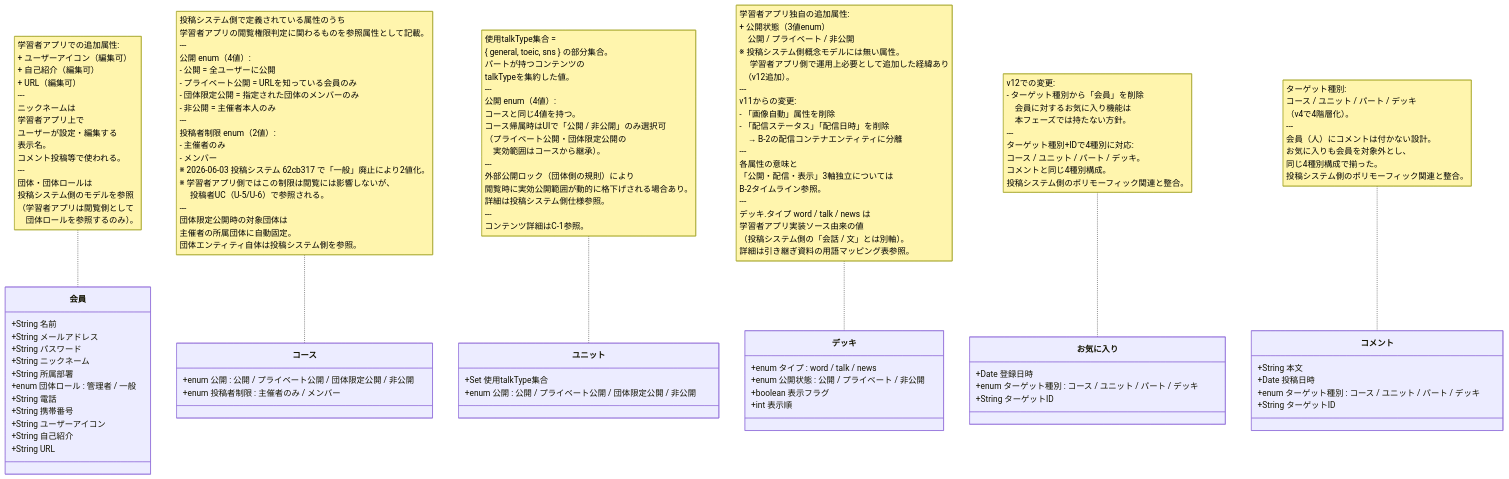
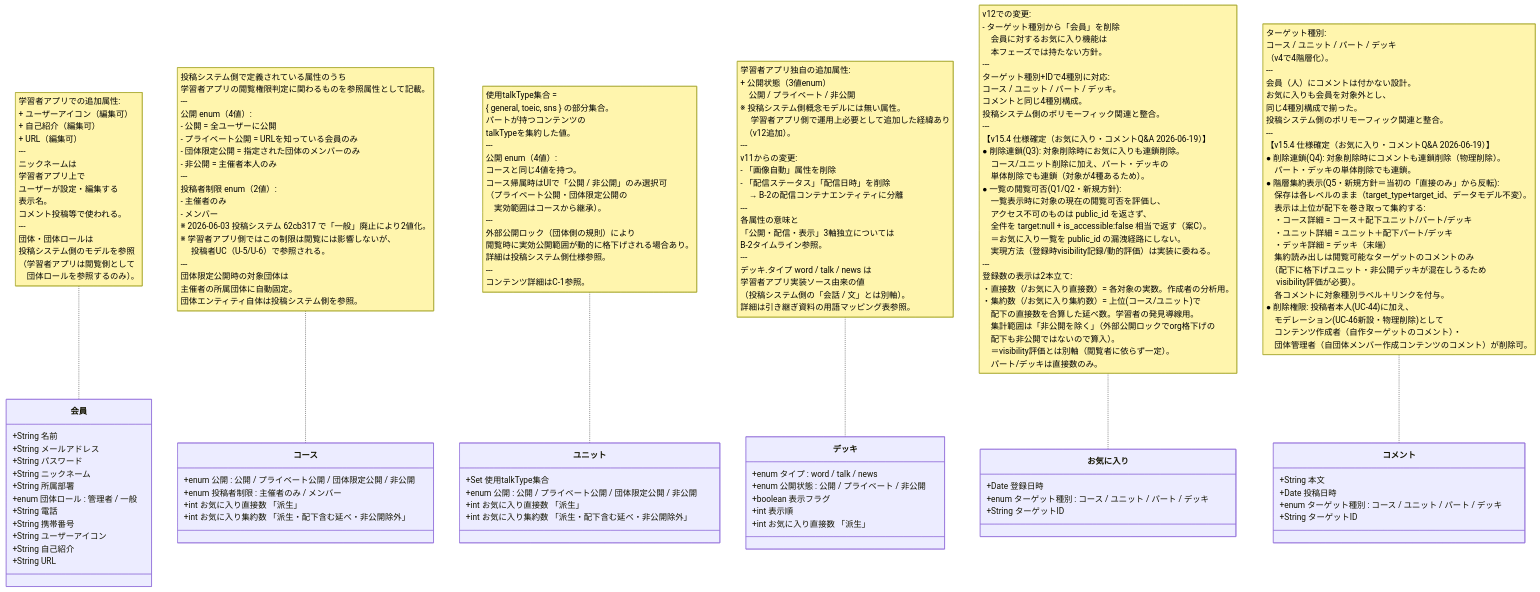
The diagram in choi/学習者アプリ_概念モデル/学習者アプリ_概念モデル図_B0_既存エンティティ差分.mmd (topicmaker-git/Pages), drawn with Mermaid before and after one commit. The commit also changed 9 other files, not shown here.

```diff
--- a/choi/学習者アプリ_概念モデル/学習者アプリ_概念モデル図_B0_既存エンティティ差分.mmd
+++ b/choi/学習者アプリ_概念モデル/学習者アプリ_概念モデル図_B0_既存エンティティ差分.mmd
@@ -1,58 +1,63 @@
 classDiagram
 direction TB
 
 class 会員 {
     +String 名前
     +String メールアドレス
     +String パスワード
     +String ニックネーム
     +String 所属部署
     +enum 団体ロール : 管理者 / 一般
     +String 電話
     +String 携帯番号
     +String ユーザーアイコン
     +String 自己紹介
     +String URL
 }
 
 class コース {
     +enum 公開 : 公開 / プライベート公開 / 団体限定公開 / 非公開
     +enum 投稿者制限 : 主催者のみ / メンバー
+    +int お気に入り直接数 「派生」
+    +int お気に入り集約数 「派生・配下含む延べ・非公開除外」
 }
 
 class ユニット {
     +Set 使用talkType集合
     +enum 公開 : 公開 / プライベート公開 / 団体限定公開 / 非公開
+    +int お気に入り直接数 「派生」
+    +int お気に入り集約数 「派生・配下含む延べ・非公開除外」
 }
 
 class デッキ {
     +enum タイプ : word / talk / news
     +enum 公開状態 : 公開 / プライベート / 非公開
     +boolean 表示フラグ
     +int 表示順
+    +int お気に入り直接数 「派生」
 }
 
 class お気に入り {
     +Date 登録日時
     +enum ターゲット種別 : コース / ユニット / パート / デッキ
     +String ターゲットID
 }
 
 class コメント {
     +String 本文
     +Date 投稿日時
     +enum ターゲット種別 : コース / ユニット / パート / デッキ
     +String ターゲットID
 }
 
 note for 会員 "学習者アプリでの追加属性:<br>+ ユーザーアイコン（編集可）<br>+ 自己紹介（編集可）<br>+ URL（編集可）<br>---<br>ニックネームは<br>学習者アプリ上で<br>ユーザーが設定・編集する<br>表示名。<br>コメント投稿等で使われる。<br>---<br>団体・団体ロールは<br>投稿システム側のモデルを参照<br>（学習者アプリは閲覧側として<br>　団体ロールを参照するのみ）。"
 
 note for コース "投稿システム側で定義されている属性のうち<br>学習者アプリの閲覧権限判定に関わるものを参照属性として記載。<br>---<br>公開 enum（4値）:<br>- 公開 = 全ユーザーに公開<br>- プライベート公開 = URLを知っている会員のみ<br>- 団体限定公開 = 指定された団体のメンバーのみ<br>- 非公開 = 主催者本人のみ<br>---<br>投稿者制限 enum（2値）:<br>- 主催者のみ<br>- メンバー<br>※ 2026-06-03 投稿システム 62cb317 で「一般」廃止により2値化。<br>※ 学習者アプリ側ではこの制限は閲覧には影響しないが、<br>　 投稿者UC（U-5/U-6）で参照される。<br>---<br>団体限定公開時の対象団体は<br>主催者の所属団体に自動固定。<br>団体エンティティ自体は投稿システム側を参照。"
 
 note for ユニット "使用talkType集合 =<br>{ general, toeic, sns } の部分集合。<br>パートが持つコンテンツの<br>talkTypeを集約した値。<br>---<br>公開 enum（4値）:<br>コースと同じ4値を持つ。<br>コース帰属時はUIで「公開 / 非公開」のみ選択可<br>（プライベート公開・団体限定公開の<br>　実効範囲はコースから継承）。<br>---<br>外部公開ロック（団体側の規則）により<br>閲覧時に実効公開範囲が動的に格下げされる場合あり。<br>詳細は投稿システム側仕様参照。<br>---<br>コンテンツ詳細はC-1参照。"
 
 note for デッキ "学習者アプリ独自の追加属性:<br>+ 公開状態（3値enum）<br>　公開 / プライベート / 非公開<br>※ 投稿システム側概念モデルには無い属性。<br>　 学習者アプリ側で運用上必要として追加した経緯あり<br>　（v12追加）。<br>---<br>v11からの変更:<br>- 「画像自動」属性を削除<br>- 「配信ステータス」「配信日時」を削除<br>　→ B-2の配信コンテナエンティティに分離<br>---<br>各属性の意味と<br>「公開・配信・表示」3軸独立については<br>B-2タイムライン参照。<br>---<br>デッキ.タイプ word / talk / news は<br>学習者アプリ実装ソース由来の値<br>（投稿システム側の「会話 / 文」とは別軸）。<br>詳細は引き継ぎ資料の用語マッピング表参照。"
 
-note for お気に入り "v12での変更:<br>- ターゲット種別から「会員」を削除<br>　会員に対するお気に入り機能は<br>　本フェーズでは持たない方針。<br>---<br>ターゲット種別+IDで4種別に対応:<br>コース / ユニット / パート / デッキ。<br>コメントと同じ4種別構成。<br>投稿システム側のポリモーフィック関連と整合。"
+note for お気に入り "v12での変更:<br>- ターゲット種別から「会員」を削除<br>　会員に対するお気に入り機能は<br>　本フェーズでは持たない方針。<br>---<br>ターゲット種別+IDで4種別に対応:<br>コース / ユニット / パート / デッキ。<br>コメントと同じ4種別構成。<br>投稿システム側のポリモーフィック関連と整合。<br>---<br>【v15.4 仕様確定（お気に入り・コメントQ&A 2026-06-19）】<br>● 削除連鎖(Q3): 対象削除時にお気に入りも連鎖削除。<br>　コース/ユニット削除に加え、パート・デッキの<br>　単体削除でも連鎖（対象が4種あるため）。<br>● 一覧の閲覧可否(Q1/Q2・新規方針):<br>　一覧表示時に対象の現在の閲覧可否を評価し、<br>　アクセス不可のものは public_id を返さず、<br>　全件を target:null + is_accessible:false 相当で返す（案C）。<br>　＝お気に入り一覧を public_id の漏洩経路にしない。<br>　実現方法（登録時visibility記録/動的評価）は実装に委ねる。<br>---<br>登録数の表示は2本立て:<br>・直接数（/お気に入り直接数）= 各対象の実数。作成者の分析用。<br>・集約数（/お気に入り集約数）= 上位(コース/ユニット)で<br>　配下の直接数を合算した延べ数。学習者の発見導線用。<br>　集計範囲は「非公開を除く」（外部公開ロックでorg格下げの<br>　配下も非公開ではないので算入）。<br>　＝visibility評価とは別軸（閲覧者に依らず一定）。<br>　パート/デッキは直接数のみ。"
 
-note for コメント "ターゲット種別:<br>コース / ユニット / パート / デッキ<br>（v4で4階層化）。<br>---<br>会員（人）にコメントは付かない設計。<br>お気に入りも会員を対象外とし、<br>同じ4種別構成で揃った。<br>投稿システム側のポリモーフィック関連と整合。"
+note for コメント "ターゲット種別:<br>コース / ユニット / パート / デッキ<br>（v4で4階層化）。<br>---<br>会員（人）にコメントは付かない設計。<br>お気に入りも会員を対象外とし、<br>同じ4種別構成で揃った。<br>投稿システム側のポリモーフィック関連と整合。<br>---<br>【v15.4 仕様確定（お気に入り・コメントQ&A 2026-06-19）】<br>● 削除連鎖(Q4): 対象削除時にコメントも連鎖削除（物理削除）。<br>　パート・デッキの単体削除でも連鎖。<br>● 階層集約表示(Q5・新規方針＝当初の「直接のみ」から反転):<br>　保存は各レベルのまま（target_type+target_id、データモデル不変）。<br>　表示は上位が配下を巻き取って集約する:<br>　・コース詳細 = コース＋配下ユニット/パート/デッキ<br>　・ユニット詳細 = ユニット＋配下パート/デッキ<br>　・デッキ詳細 = デッキ（末端）<br>　集約読み出しは閲覧可能なターゲットのコメントのみ<br>　（配下に格下げユニット・非公開デッキが混在しうるため<br>　 visibility評価が必要）。<br>　各コメントに対象種別ラベル＋リンクを付与。<br>● 削除権限: 投稿者本人(UC-44)に加え、<br>　モデレーション(UC-46新設・物理削除)として<br>　コンテンツ作成者（自作ターゲットのコメント）・<br>　団体管理者（自団体メンバー作成コンテンツのコメント）が削除可。"
```
